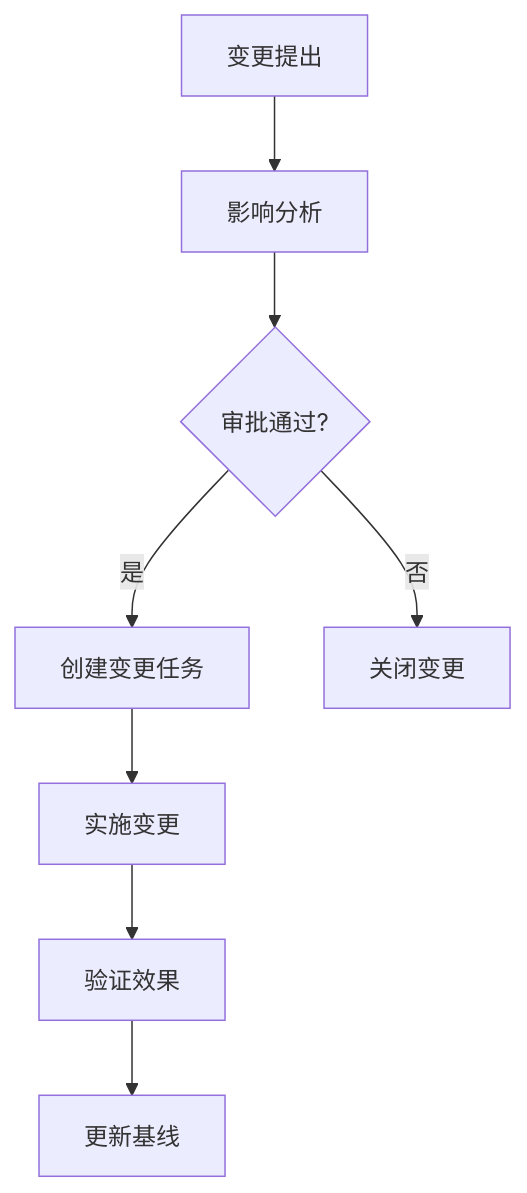
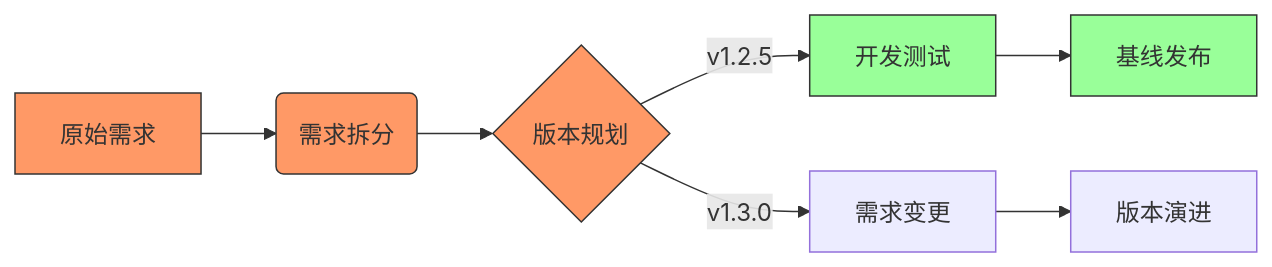
One commit to Caijiacheng/MetaGPT changed the second of 2 diagrams in docs/aico/specs/pm_guide_spec.md. Above: the diagram before and after it, drawn with Mermaid. The commit also changed other lines of this file, not shown here.

````diff
--- a/docs/aico/specs/pm_guide_spec.md
+++ b/docs/aico/specs/pm_guide_spec.md
@@ -183,10 +200,14 @@
-   ```mermaid
-   flowchart TD
-     A[变更提出] --> B[影响分析]
-     B --> C{审批通过?}
-     C -->|是| D[创建变更任务]
-     C -->|否| E[关闭变更]
-     D --> F[实施变更]
-     F --> G[验证效果]
-     G --> H[更新基线]
-   ```
+```mermaid
+graph LR
+    A[原始需求] --> B(需求拆分)
+    B --> C{版本规划}
+    C -->|v1.2.5| D[开发测试]
+    C -->|v1.3.0| E[需求变更]
+    D --> F[基线发布]
+    E --> G[版本演进]
+    
+    classDef released fill:#9f9,stroke:#333;
+    classDef developing fill:#f96,stroke:#333;
+    class A,B,C developing;
+    class D,F released;
+```
````
